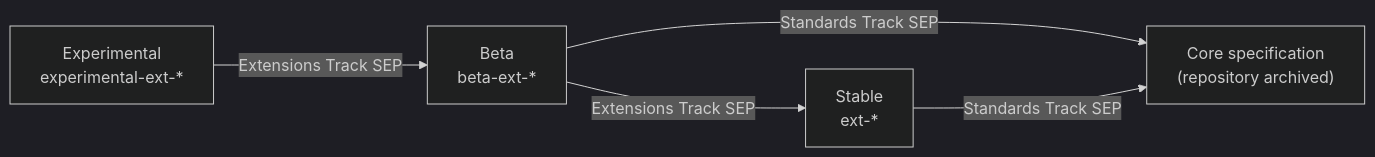
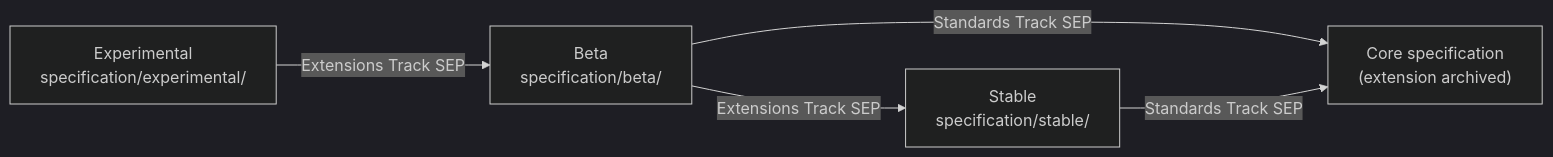
Before and after one commit to modelcontextprotocol/modelcontextprotocol: the diagram in seps/0000-extension-lifecycle.md, drawn with Mermaid (dark theme). The commit also changed other lines of this file, not shown here.

First line of the commit message:
Show extension stage by directory instead of repository name

````diff
--- a/seps/0000-extension-lifecycle.md
+++ b/seps/0000-extension-lifecycle.md
@@ -44,12 +45,12 @@
 ```mermaid
 flowchart LR
-    Exp["Experimental<br/>experimental-ext-*"]
-    Beta["Beta<br/>beta-ext-*"]
-    Stable["Stable<br/>ext-*"]
-    Core["Core specification<br/>(repository archived)"]
+    Exp["Experimental<br/>specification/experimental/"]
+    Beta["Beta<br/>specification/beta/"]
+    Stable["Stable<br/>specification/stable/"]
+    Core["Core specification<br/>(extension archived)"]
 
     Exp -->|"Extensions Track SEP"| Beta
     Beta -->|"Extensions Track SEP"| Stable
     Beta -->|"Standards Track SEP"| Core
     Stable -->|"Standards Track SEP"| Core
 ```
````
